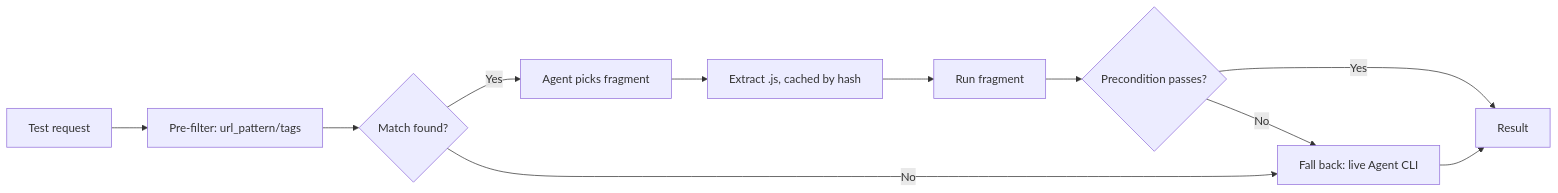
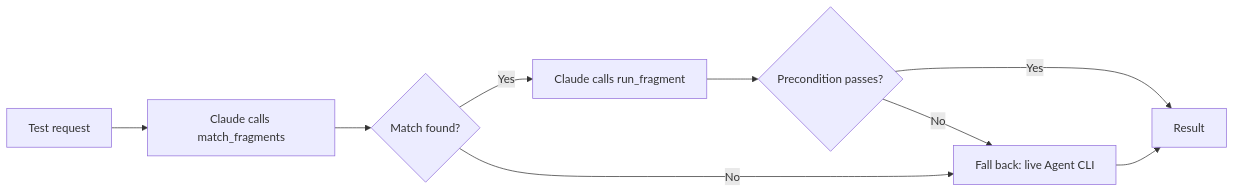
The first of 3 diagrams in docs/contribute.md (iteam1/open-test), drawn with Mermaid before and after one commit. The commit also changed other lines of this file and 3 other files, not shown here.

````diff
--- a/docs/contribute.md
+++ b/docs/contribute.md
@@ -82,13 +99,11 @@
 ```mermaid
 flowchart LR
-    A[Test request] --> B[Pre-filter: url_pattern/tags]
+    A[Test request] --> B["Claude calls match_fragments"]
     B --> C{Match found?}
-    C -->|Yes| D[Agent picks fragment]
-    D --> E[Extract .js, cached by hash]
-    E --> F[Run fragment]
-    F --> G{Precondition passes?}
+    C -->|Yes| D["Claude calls run_fragment"]
+    D --> G{Precondition passes?}
     G -->|Yes| H[Result]
     G -->|No| I[Fall back: live Agent CLI]
     C -->|No| I
     I --> H
 ```
````
